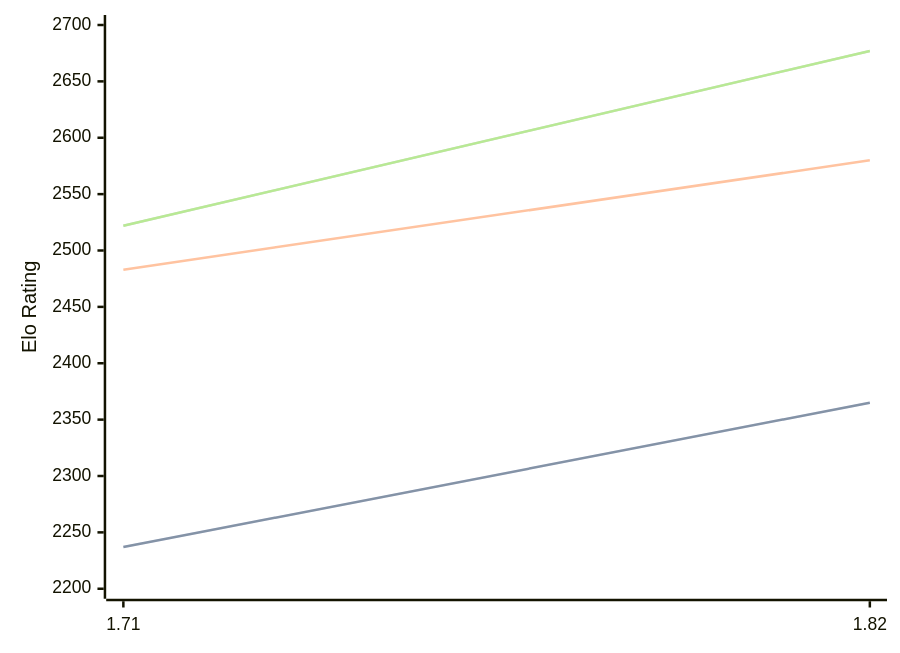
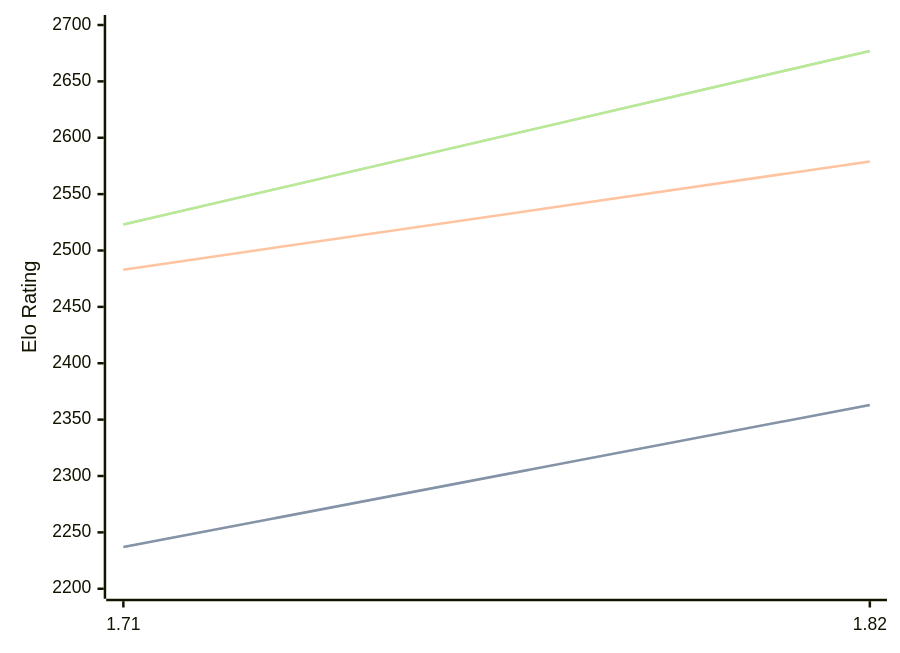
The diagram in engines/Amira.md (computer-chess-index/cci), drawn with Mermaid before and after one commit. The commit also changed other lines of this file, not shown here.

Commit message:
Update CCI Ratings (ELO VLTC) - 2026-03-05

````diff
--- a/engines/Amira.md
+++ b/engines/Amira.md
@@ -33,11 +33,11 @@
 ```mermaid
 %%{init: {"theme":"base","themeVariables":{"seriesColors:['#a3a3a3','#222221','#faa371']}}}%%
 xychart-beta
   x-axis ["1.71", "1.82"]
   y-axis "Elo Rating" 2200 --> 2700
-  line "STC (8.0+0.08s)" [2237, 2365]
-  line "STC (8.0+0.08s)" [2237, 2365]
-  line "LTC (60.0+0.60s)" [2483, 2580]
-  line "VLTC (2m24s+1.12s)" [2522, 2677]
-  line "VLTC (2m24s+1.12s)" [2522, 2677]
+  line "STC (8.0+0.08s)" [2237, 2363]
+  line "STC (8.0+0.08s)" [2237, 2363]
+  line "LTC (60.0+0.60s)" [2483, 2579]
+  line "VLTC (2m24s+1.12s)" [2523, 2677]
+  line "VLTC (2m24s+1.12s)" [2523, 2677]
 ```
````
